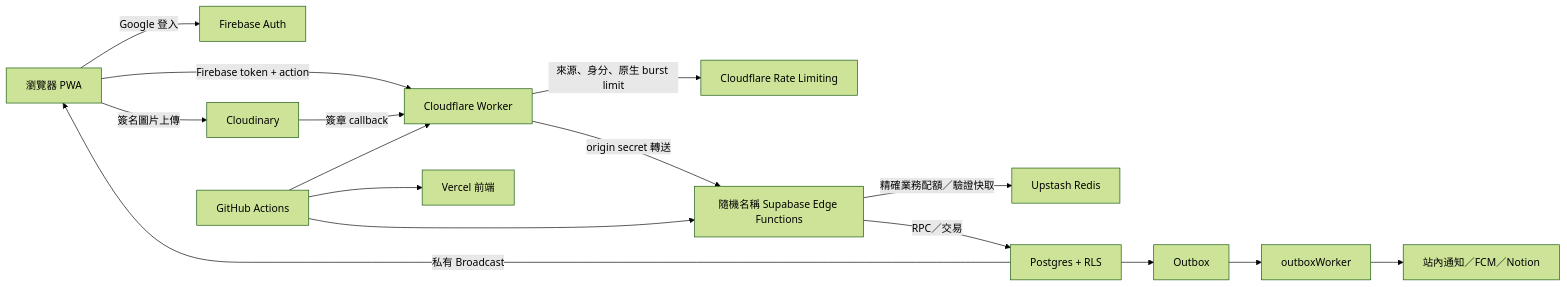
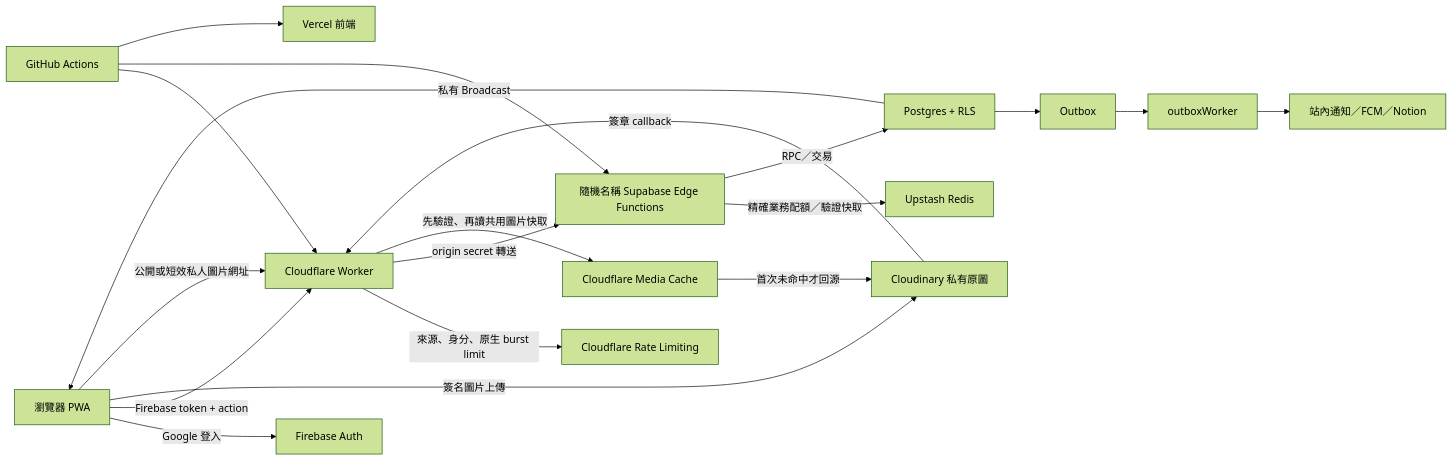
Before and after one commit to tavricccc/novae-website: the first of 2 diagrams in docs/architecture.md, drawn with Mermaid (forest theme). The commit also changed other lines of this file and 7 other files, not shown here.

Commit message:
docs: update changelog for version 2.0.276 and refine architecture and costs documentation

````diff
--- a/docs/architecture.md
+++ b/docs/architecture.md
@@ -7,18 +7,21 @@
 ```mermaid
 flowchart LR
   U[瀏覽器 PWA] -->|Google 登入| F[Firebase Auth]
   U -->|Firebase token + action| CFW[Cloudflare Worker]
   CFW -->|來源、身分、原生 burst limit| RL[Cloudflare Rate Limiting]
   CFW -->|origin secret 轉送| E[隨機名稱 Supabase Edge Functions]
   E -->|精確業務配額／驗證快取| R[Upstash Redis]
   E -->|RPC／交易| P[Postgres + RLS]
   P -->|私有 Broadcast| U
-  U -->|簽名圖片上傳| C[Cloudinary]
-  C -->|簽章 callback| CFW
+  U -->|簽名圖片上傳| CLD[Cloudinary 私有原圖]
+  CLD -->|簽章 callback| CFW
+  U -->|公開或短效私人圖片網址| CFW
+  CFW -->|先驗證、再讀共用圖片快取| MC[Cloudflare Media Cache]
+  MC -->|首次未命中才回源| CLD
   P --> O[Outbox]
   O --> W[outboxWorker]
   W --> N[站內通知／FCM／Notion]
   G[GitHub Actions] --> CFW
   G --> E
   G --> V[Vercel 前端]
 ```
````
